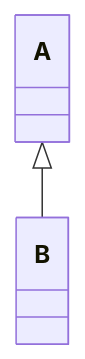
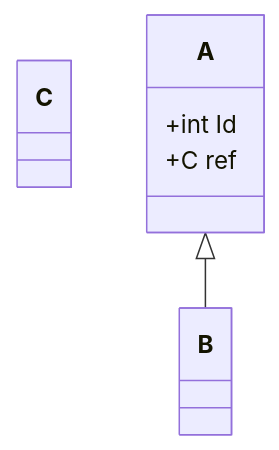
One commit to M5alil/mermaid changed the diagram in README.md. Above: the diagram before and after it, drawn with Mermaid.

````diff
--- a/README.md
+++ b/README.md
@@ -2,5 +2,9 @@
 ``` mermaid 
 classDiagram
-  class A 
+  class C 
+  class A {
+    +int Id
+    +C ref
+  }
   A <|-- B
 ```
````
